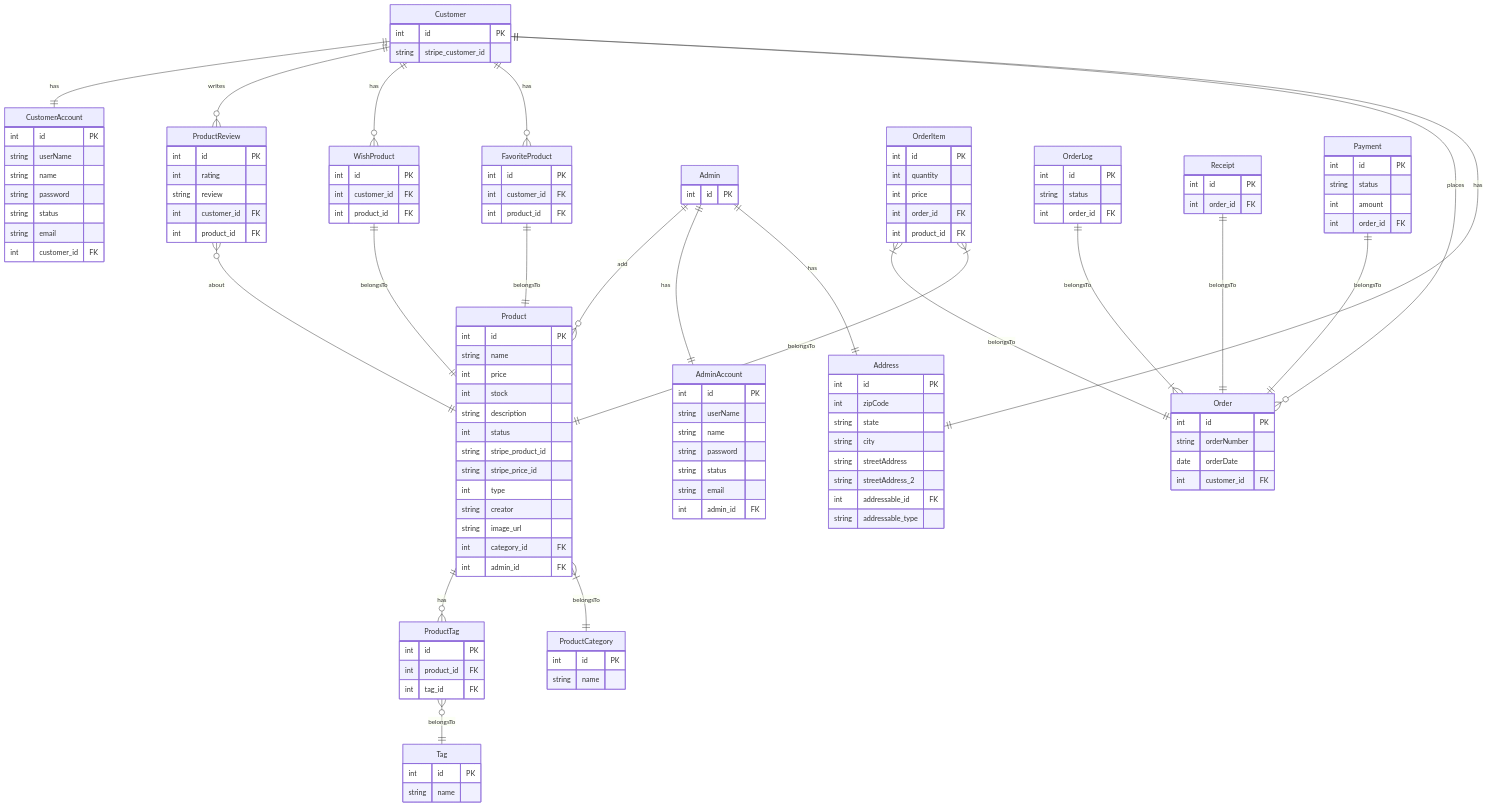
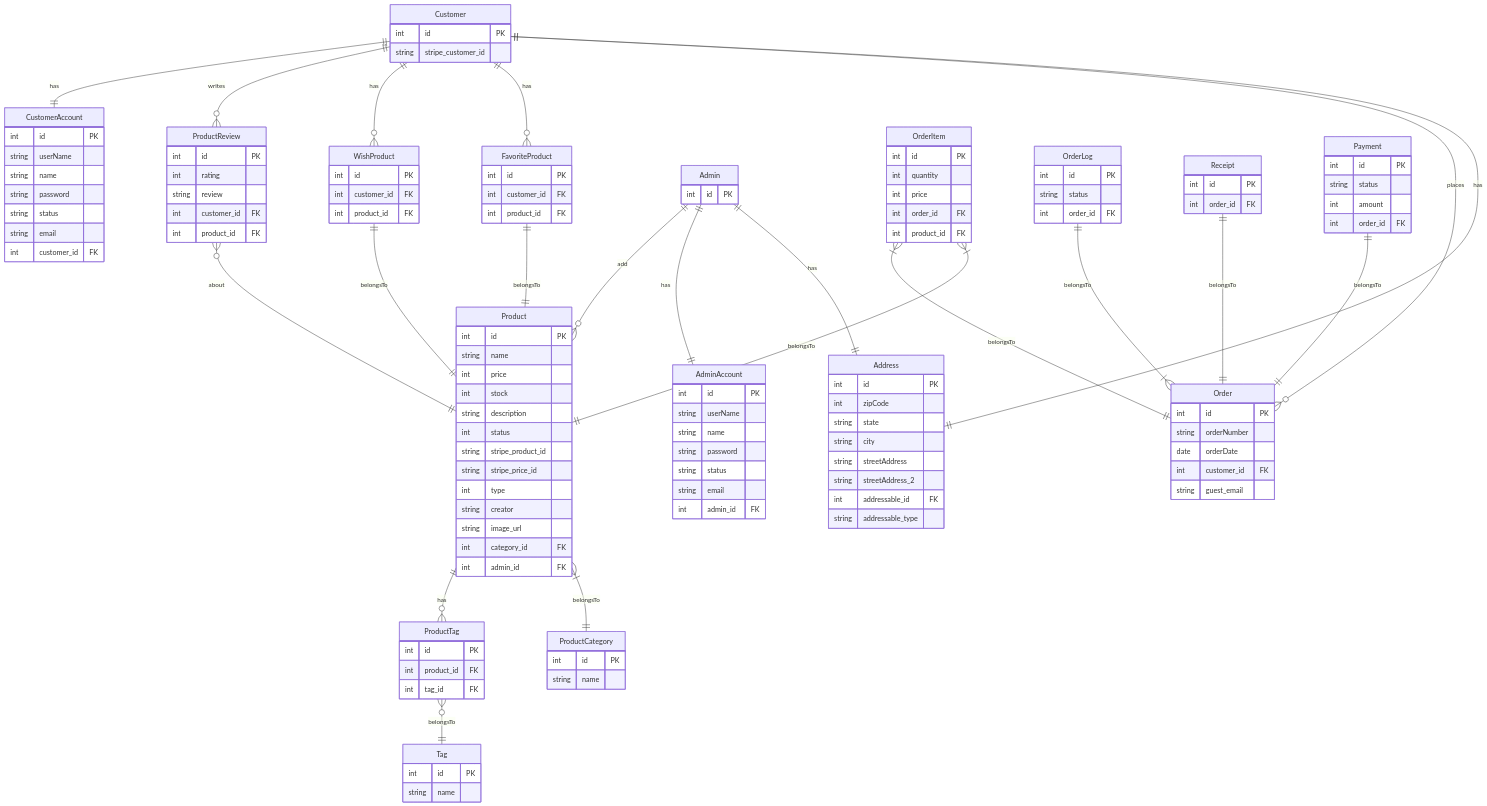
One commit to recursion-backend-projects/dev-log changed the diagram in er.md. Above: the diagram before and after it, drawn with Mermaid.

Commit message:
Orderテーブルにguest_emailカラムを追加。

```diff
--- a/er.md
+++ b/er.md
@@ -88,6 +88,7 @@
         string orderNumber
         date orderDate
         int customer_id FK
+        string guest_email
     }
 
     ProductCategory{
```
